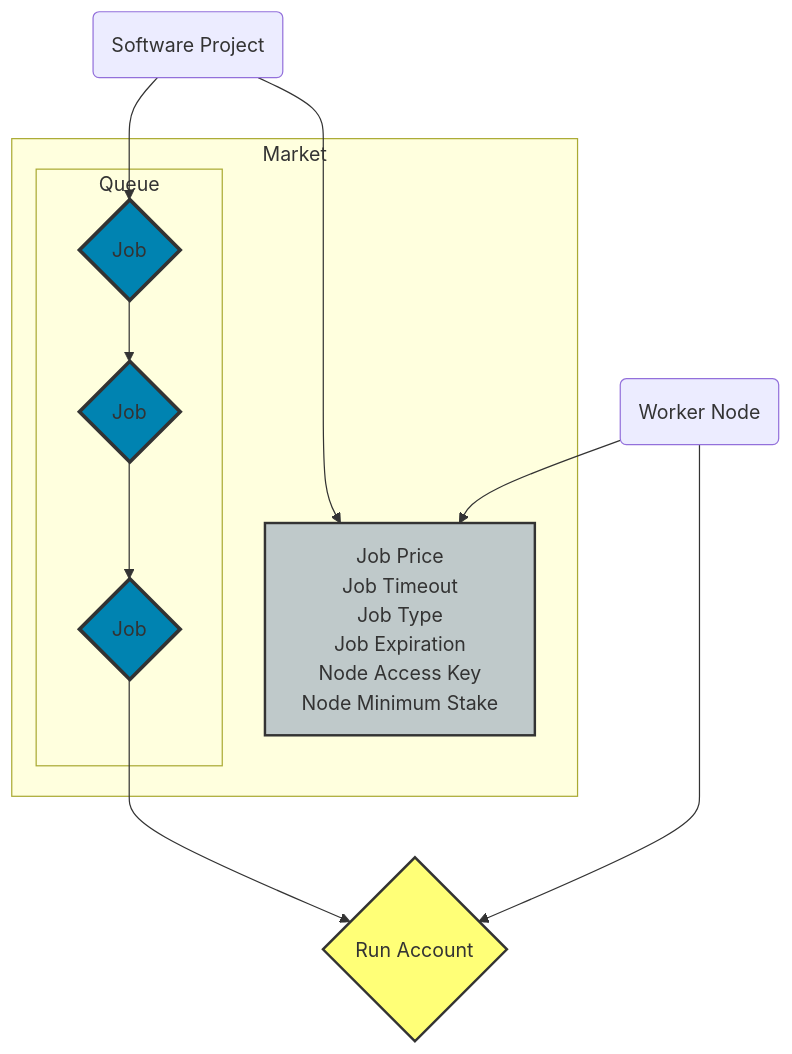
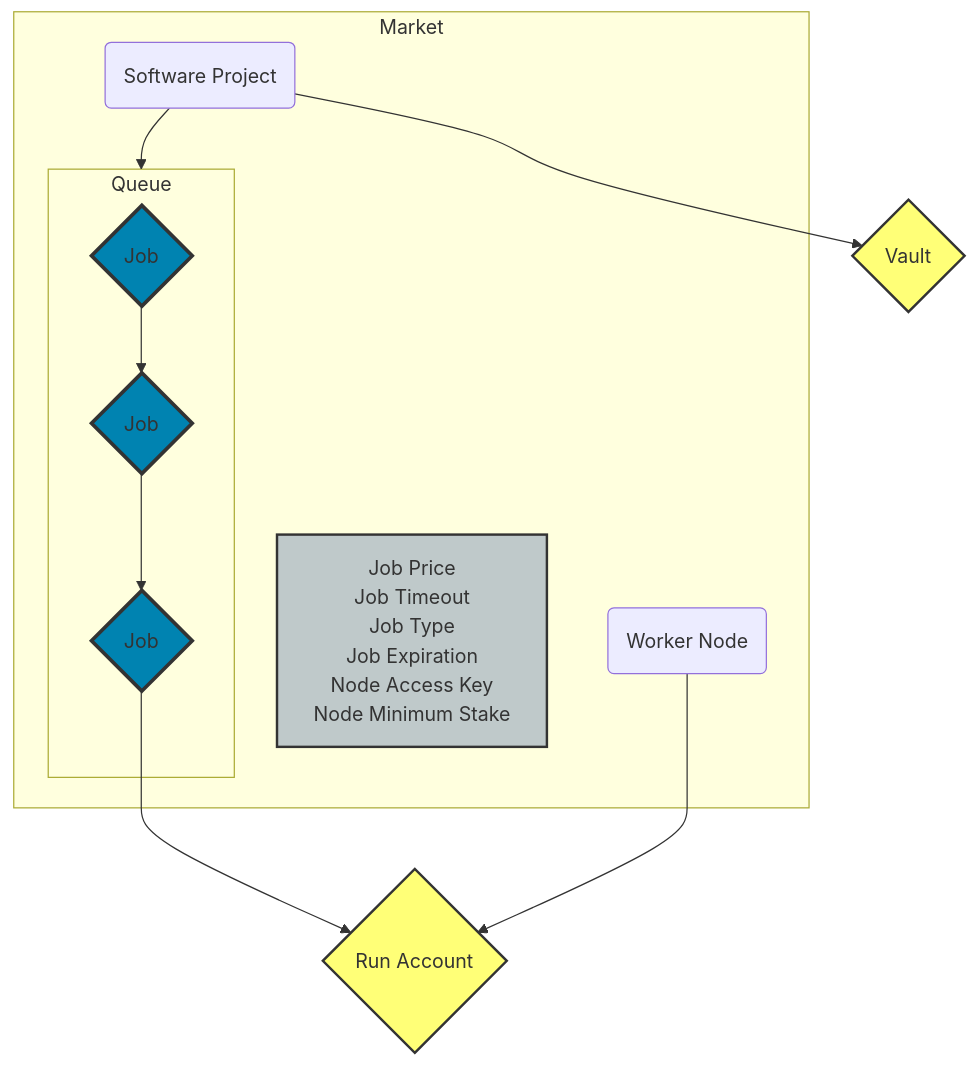
One commit to nosana-ci/docs.nosana.io changed the third of 4 diagrams in docs/programs/jobs.md. Above: the diagram before and after it, drawn with Mermaid. The commit also changed other lines of this file, not shown here.

Commit message:
Upddate diagrams

````diff
--- a/docs/programs/jobs.md
+++ b/docs/programs/jobs.md
@@ -676,29 +678,34 @@
 ```mermaid
 flowchart TB
-   subgraph Market
+    subgraph Market
         market
+        node
+        project
         subgraph Queue
             order1 --> order2 --> order3
         end
     end
-    project --> order1
-    node --> market
-    project --> market
+
+    vault
+
+    project --> Queue
+    project --> vault
     order3 --> run
     node --> run
 
     node(Worker Node)
     project(Software Project)
     order1{Job}
     order2{Job}
     order3{Job}
+    vault{Vault}
     run{Run Account}
     market[Job Price<br>Job Timeout<br>Job Type<br>Job Expiration<br>Node Access Key<br>Node Minimum Stake]
 
     classDef blue fill:#0083B1,stroke:#333,stroke-width:3px;
     classDef yellow fill:#ff7,stroke:#333,stroke-width:2px;
     classDef grey fill:#BFC9CA,stroke:#333,stroke-width:2px;
     class order1,order2,order3 blue;
-    class run yellow;
+    class run,vault yellow;
     class market grey;
 ```
````
